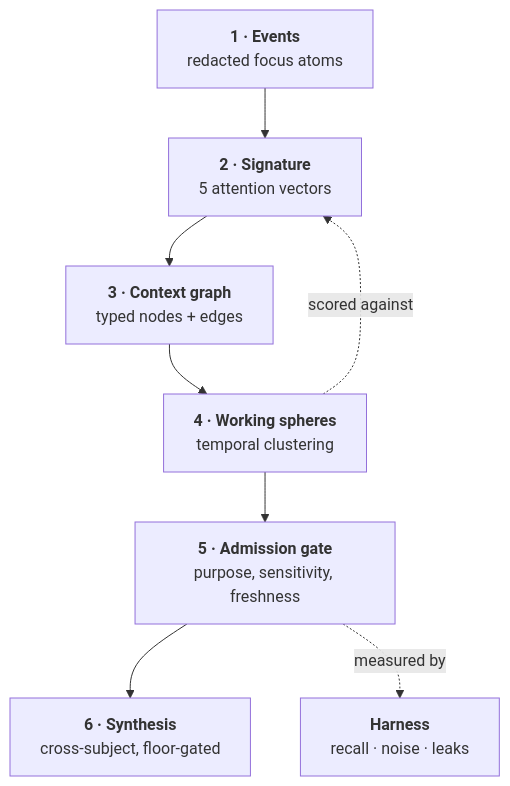
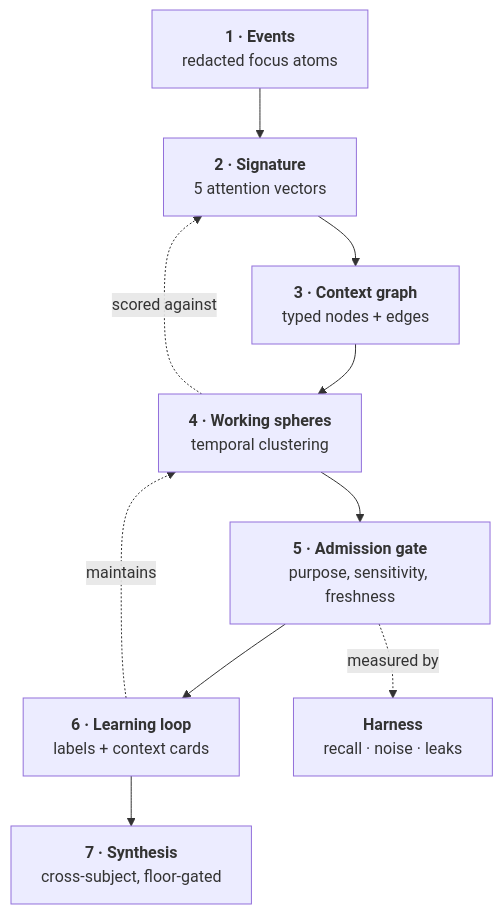
Before and after one commit to gagans23/digital-twin-sensor: the diagram in docs/UNDER_THE_HOOD.md, drawn with Mermaid. The commit also changed other lines of this file and 14 other files, not shown here.

````diff
--- a/docs/UNDER_THE_HOOD.md
+++ b/docs/UNDER_THE_HOOD.md
@@ -85,12 +85,14 @@
 ```mermaid
 flowchart TB
   L1["<b>1 · Events</b><br/>redacted focus atoms"]
   L2["<b>2 · Signature</b><br/>5 attention vectors"]
   L3["<b>3 · Context graph</b><br/>typed nodes + edges"]
   L4["<b>4 · Working spheres</b><br/>temporal clustering"]
   L5["<b>5 · Admission gate</b><br/>purpose, sensitivity, freshness"]
-  L6["<b>6 · Synthesis</b><br/>cross-subject, floor-gated"]
-  L1 --> L2 --> L3 --> L4 --> L5 --> L6
+  L6["<b>6 · Learning loop</b><br/>labels + context cards"]
+  L7["<b>7 · Synthesis</b><br/>cross-subject, floor-gated"]
+  L1 --> L2 --> L3 --> L4 --> L5 --> L6 --> L7
   L4 -.->|scored against| L2
   L5 -.->|measured by| H["<b>Harness</b><br/>recall · noise · leaks"]
+  L6 -.->|maintains| L4
 ```
````
